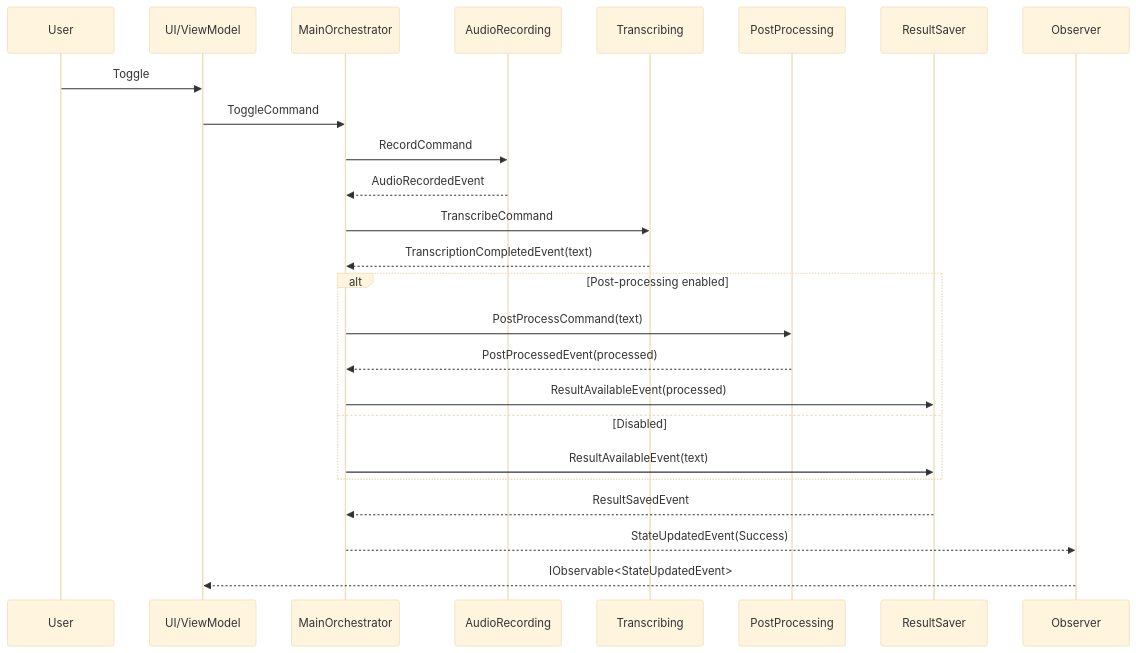
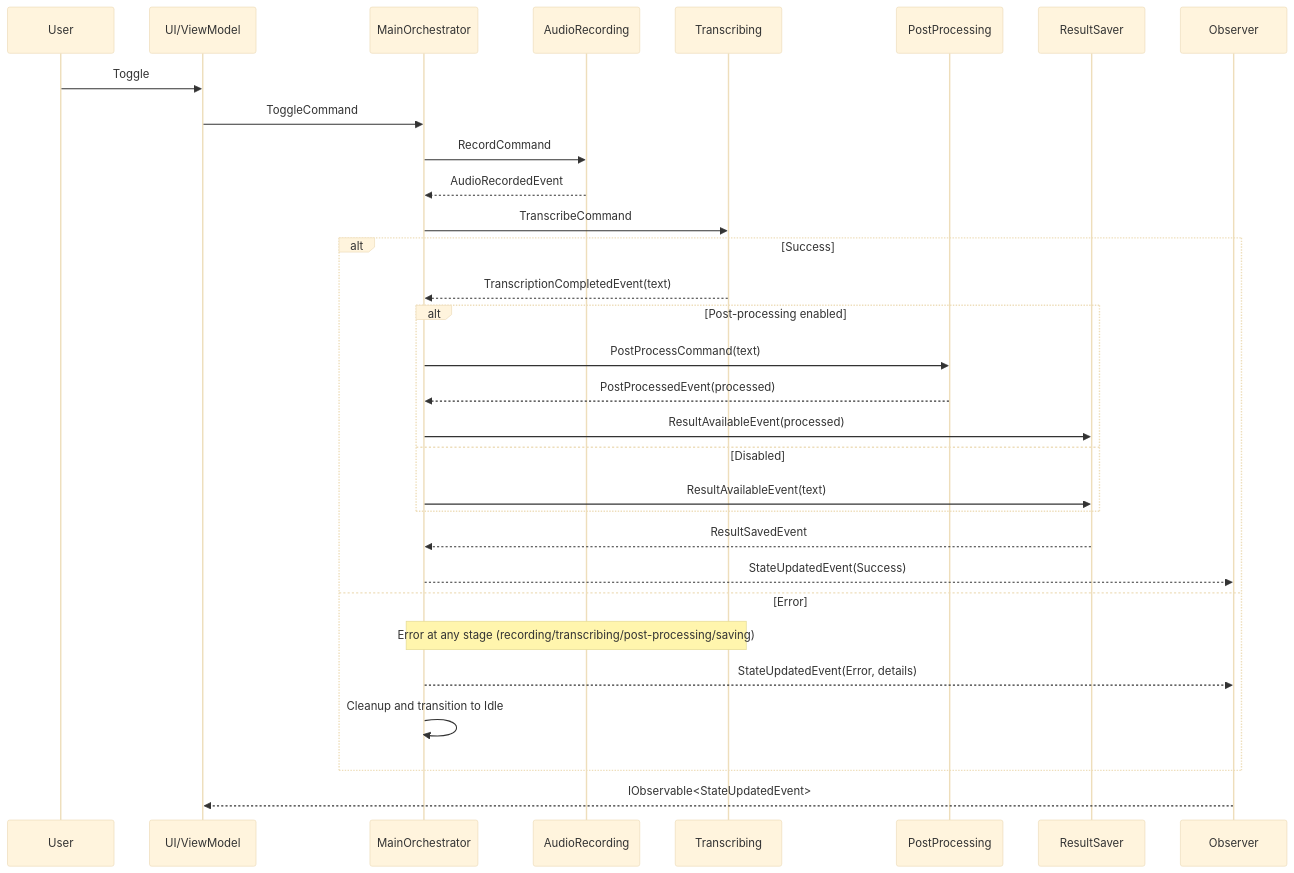
One commit to V0v1kkk/WhisperVoiceInput changed the fourth of 4 diagrams in readme.md. Above: the diagram before and after it, drawn with Mermaid (base theme). The commit also changed other lines of this file, not shown here.

Commit message:
docs: enhance README with error handling details in sequence diagrams

````diff
--- a/readme.md
+++ b/readme.md
@@ -367,28 +369,34 @@
 ```mermaid
 sequenceDiagram
     participant User as User
     participant UI as UI/ViewModel
     participant Orch as MainOrchestrator
     participant Aud as AudioRecording
     participant Tr as Transcribing
     participant PP as PostProcessing
     participant Sav as ResultSaver
     participant Obs as Observer
 
     User->>UI: Toggle
     UI->>Orch: ToggleCommand
     Orch->>Aud: RecordCommand
     Aud-->>Orch: AudioRecordedEvent
     Orch->>Tr: TranscribeCommand
-    Tr-->>Orch: TranscriptionCompletedEvent(text)
-    alt Post-processing enabled
-        Orch->>PP: PostProcessCommand(text)
-        PP-->>Orch: PostProcessedEvent(processed)
-        Orch->>Sav: ResultAvailableEvent(processed)
-    else Disabled
-        Orch->>Sav: ResultAvailableEvent(text)
+    alt Success
+        Tr-->>Orch: TranscriptionCompletedEvent(text)
+        alt Post-processing enabled
+            Orch->>PP: PostProcessCommand(text)
+            PP-->>Orch: PostProcessedEvent(processed)
+            Orch->>Sav: ResultAvailableEvent(processed)
+        else Disabled
+            Orch->>Sav: ResultAvailableEvent(text)
+        end
+        Sav-->>Orch: ResultSavedEvent
+        Orch-->>Obs: StateUpdatedEvent(Success)
+    else Error
+        Note over Tr,Orch: Error at any stage (recording/transcribing/post-processing/saving)
+        Orch-->>Obs: StateUpdatedEvent(Error, details)
+        Orch->>Orch: Cleanup and transition to Idle
     end
-    Sav-->>Orch: ResultSavedEvent
-    Orch-->>Obs: StateUpdatedEvent(Success)
     Obs-->>UI: IObservable<StateUpdatedEvent>
 ```
````
